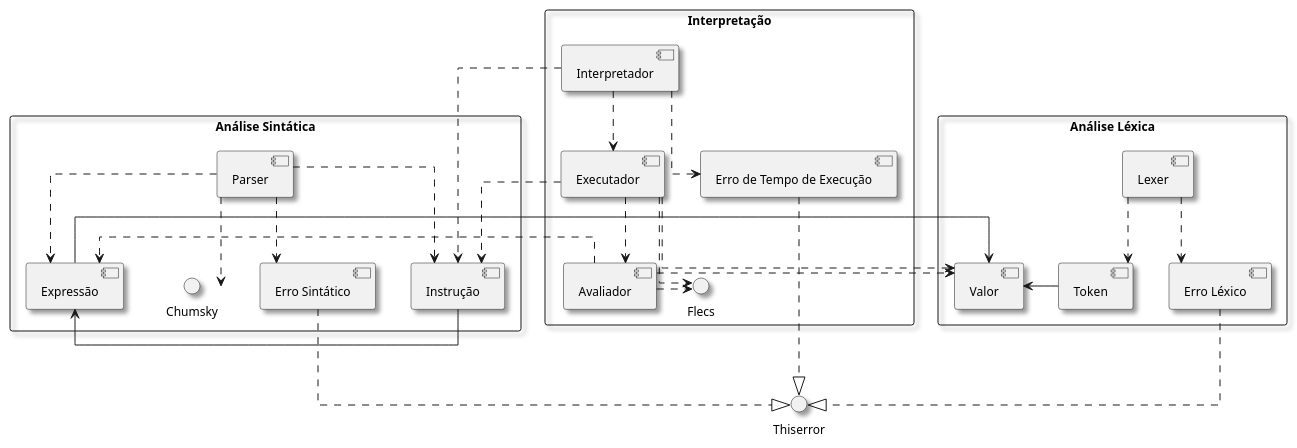
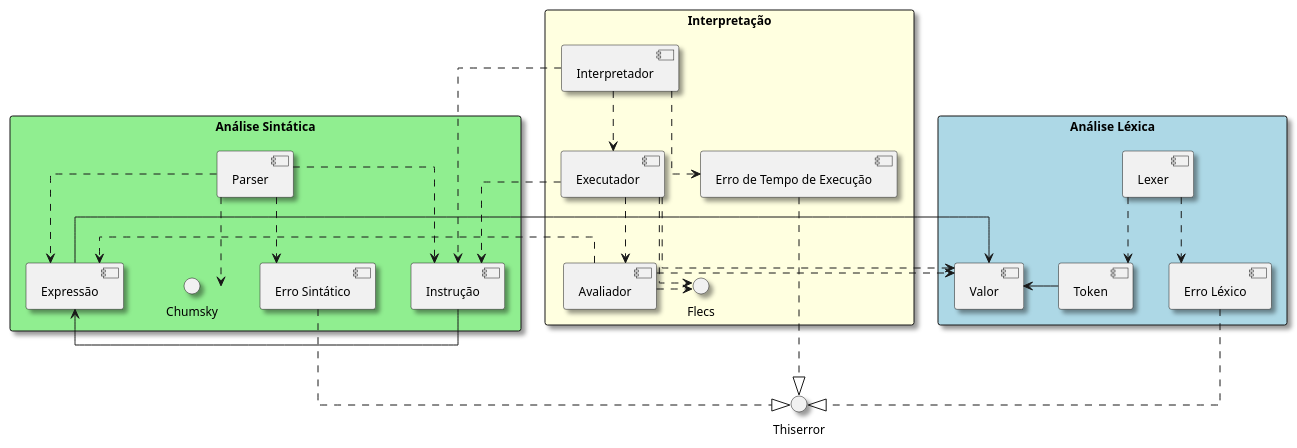
One commit to OverlineJunior/weave changed the diagram in diagrams/diagrama_componentes.plantuml. Above: the diagram before and after it, drawn with PlantUML. The commit also changed 1 other file, not shown here.

Commit message:
Adicionar cores aos diagramas de componente e atividades, e organizar o de atividades em tempo de compilação e execução

```diff
--- a/diagrams/diagrama_componentes.plantuml
+++ b/diagrams/diagrama_componentes.plantuml
@@ -1,66 +1,66 @@
 @startuml diagrama_componentes
 skinparam packageStyle rectangle
 skinparam shadowing true
 skinparam linetype ortho
 skinparam defaultFontName Arial
 skinparam defaultFontSize 12
 
-package "Análise Léxica" {
+package "Análise Léxica" #LightBlue {
     [Lexer] as lexer
     [Token] as token
 	[Valor] as valor
     [Erro Léxico] as erro_lexico
 }
 
-package "Análise Sintática" {
+package "Análise Sintática" #LightGreen {
     [Parser] as parser
     [Expressão] as expressao
     [Instrução] as instrucao
     [Erro Sintático] as erro_sintatico
     interface Chumsky as chumsky
 }
 
-package "Interpretação" {
+package "Interpretação" #LightYellow {
     [Interpretador] as interpretador
     [Executador] as executador
     [Avaliador] as avaliador
     [Erro de Tempo de Execução] as erro_execucao
     interface Flecs as flecs
 }
 
 interface Thiserror as thiserror
 
 lexer ..> token
 lexer ..> erro_lexico
 
 parser ..> expressao
 parser ..> instrucao
 parser ..> erro_sintatico
 parser ..> chumsky
 
 interpretador ..> executador
 interpretador ..> instrucao
 interpretador ..> erro_execucao
 
 token -> valor
 
 expressao -> valor
 
 instrucao -> expressao
 
 avaliador .> valor
 avaliador .> expressao
 avaliador .> flecs
 
 executador ..> avaliador
 executador .> valor
 executador .> instrucao
 executador .> flecs
 
 erro_lexico ..|> thiserror
 
 erro_sintatico ..|> thiserror
 
 erro_execucao ..|> thiserror
 
 @enduml
```
